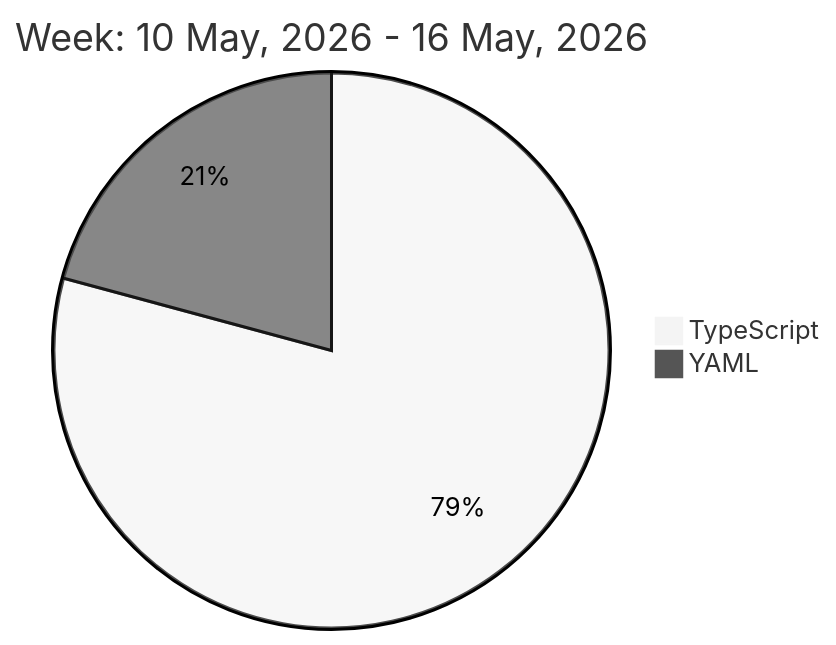
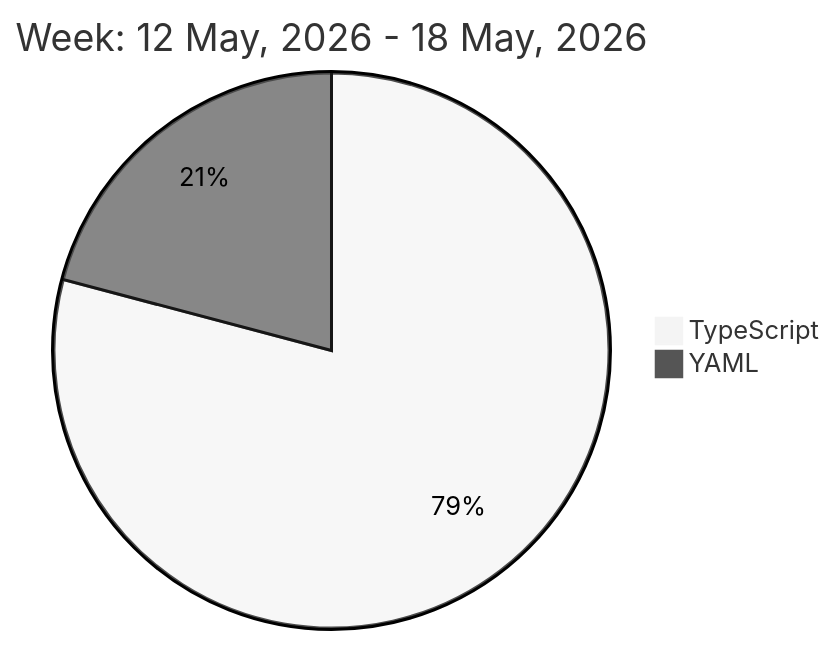
The diagram in README.md (liubin95/liubin95), drawn with Mermaid (neutral theme) before and after one commit.

Commit message:
Updated the Graph with new Metrics

````diff
--- a/README.md
+++ b/README.md
@@ -32,6 +32,6 @@
 ```mermaid
  pie
-title Week: 10 May, 2026 - 16 May, 2026
+title Week: 12 May, 2026 - 18 May, 2026
  "TypeScript" : 7.88
- "YAML" : 2.07
+ "YAML" : 2.08
 ```
````
